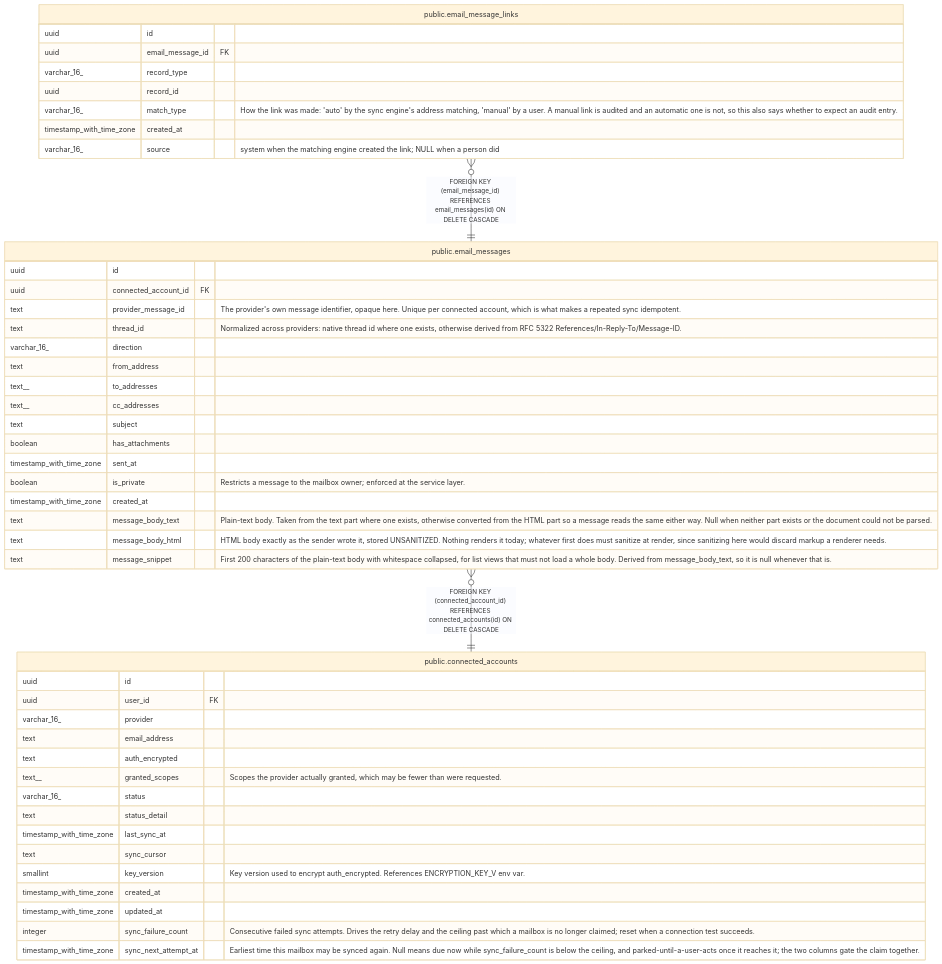
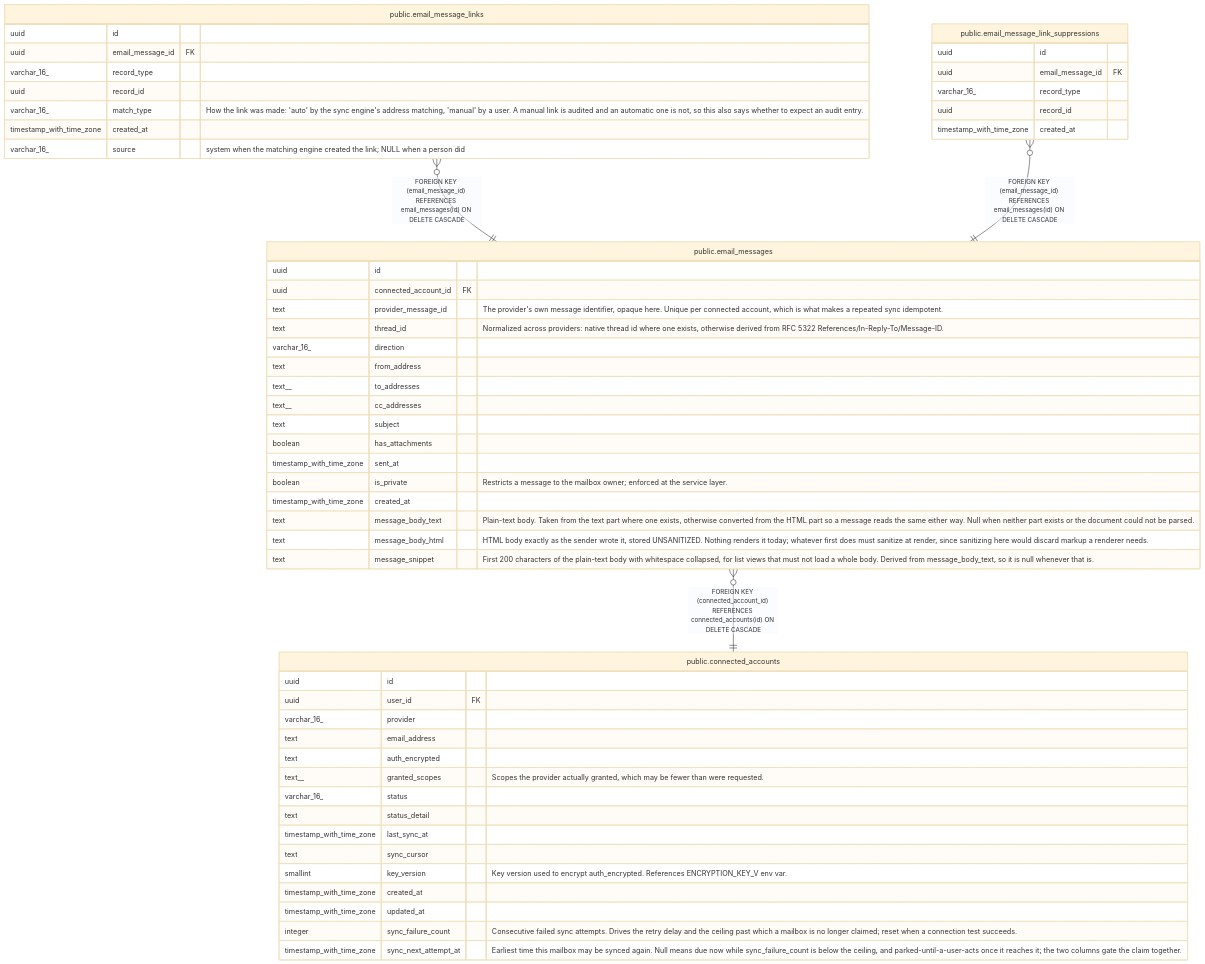
Before and after one commit to rkseattle/minicrm: the diagram in docs/schema/public.email_messages.md, drawn with Mermaid (base theme). The commit also changed other lines of this file and 19 other files, not shown here.

````diff
--- a/docs/schema/public.email_messages.md
+++ b/docs/schema/public.email_messages.md
@@ -50,51 +50,59 @@
 ```mermaid
 erDiagram
 
 "public.email_message_links" }o--|| "public.email_messages" : "FOREIGN KEY (email_message_id) REFERENCES email_messages(id) ON DELETE CASCADE"
+"public.email_message_link_suppressions" }o--|| "public.email_messages" : "FOREIGN KEY (email_message_id) REFERENCES email_messages(id) ON DELETE CASCADE"
 "public.email_messages" }o--|| "public.connected_accounts" : "FOREIGN KEY (connected_account_id) REFERENCES connected_accounts(id) ON DELETE CASCADE"
 
 "public.email_messages" {
   uuid id ""
   uuid connected_account_id FK ""
   text provider_message_id "The provider's own message identifier, opaque here. Unique per connected account, which is what makes a repeated sync idempotent."
   text thread_id "Normalized across providers: native thread id where one exists, otherwise derived from RFC 5322 References/In-Reply-To/Message-ID."
   varchar_16_ direction ""
   text from_address ""
   text__ to_addresses ""
   text__ cc_addresses ""
   text subject ""
   boolean has_attachments ""
   timestamp_with_time_zone sent_at ""
   boolean is_private "Restricts a message to the mailbox owner; enforced at the service layer."
   timestamp_with_time_zone created_at ""
   text message_body_text "Plain-text body. Taken from the text part where one exists, otherwise converted from the HTML part so a message reads the same either way. Null when neither part exists or the document could not be parsed."
   text message_body_html "HTML body exactly as the sender wrote it, stored UNSANITIZED. Nothing renders it today; whatever first does must sanitize at render, since sanitizing here would discard markup a renderer needs."
   text message_snippet "First 200 characters of the plain-text body with whitespace collapsed, for list views that must not load a whole body. Derived from message_body_text, so it is null whenever that is."
 }
 "public.email_message_links" {
   uuid id ""
   uuid email_message_id FK ""
   varchar_16_ record_type ""
   uuid record_id ""
   varchar_16_ match_type "How the link was made: 'auto' by the sync engine's address matching, 'manual' by a user. A manual link is audited and an automatic one is not, so this also says whether to expect an audit entry."
   timestamp_with_time_zone created_at ""
   varchar_16_ source "system when the matching engine created the link; NULL when a person did"
 }
+"public.email_message_link_suppressions" {
+  uuid id ""
+  uuid email_message_id FK ""
+  varchar_16_ record_type ""
+  uuid record_id ""
+  timestamp_with_time_zone created_at ""
+}
 "public.connected_accounts" {
   uuid id ""
   uuid user_id FK ""
   varchar_16_ provider ""
   text email_address ""
   text auth_encrypted ""
   text__ granted_scopes "Scopes the provider actually granted, which may be fewer than were requested."
   varchar_16_ status ""
   text status_detail ""
   timestamp_with_time_zone last_sync_at ""
   text sync_cursor ""
   smallint key_version "Key version used to encrypt auth_encrypted. References ENCRYPTION_KEY_V<n> env var."
   timestamp_with_time_zone created_at ""
   timestamp_with_time_zone updated_at ""
   integer sync_failure_count "Consecutive failed sync attempts. Drives the retry delay and the ceiling past which a mailbox is no longer claimed; reset when a connection test succeeds."
   timestamp_with_time_zone sync_next_attempt_at "Earliest time this mailbox may be synced again. Null means due now while sync_failure_count is below the ceiling, and parked-until-a-user-acts once it reaches it; the two columns gate the claim together."
 }
 ```
````
